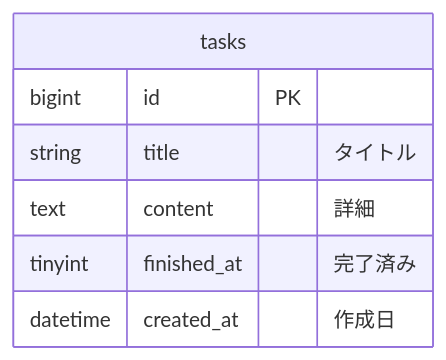
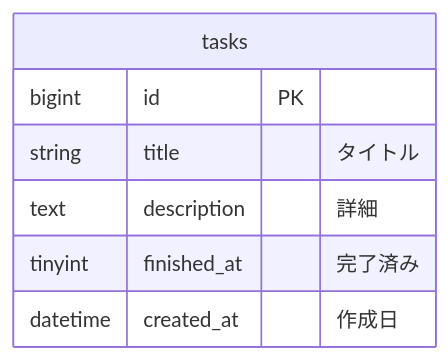
Before and after one commit to nakajima97/fastapi-simple-todo-app: the diagram in documents/er.md, drawn with Mermaid. The commit also changed 12 other files, not shown here.

````diff
--- a/documents/er.md
+++ b/documents/er.md
@@ -1,11 +1,11 @@
 ```mermaid
 erDiagram
 
 tasks {
   bigint id PK
   string title "タイトル"
-  text content "詳細"
+  text description "詳細"
   tinyint finished_at "完了済み"
   datetime created_at "作成日"
 }
 ```
````
